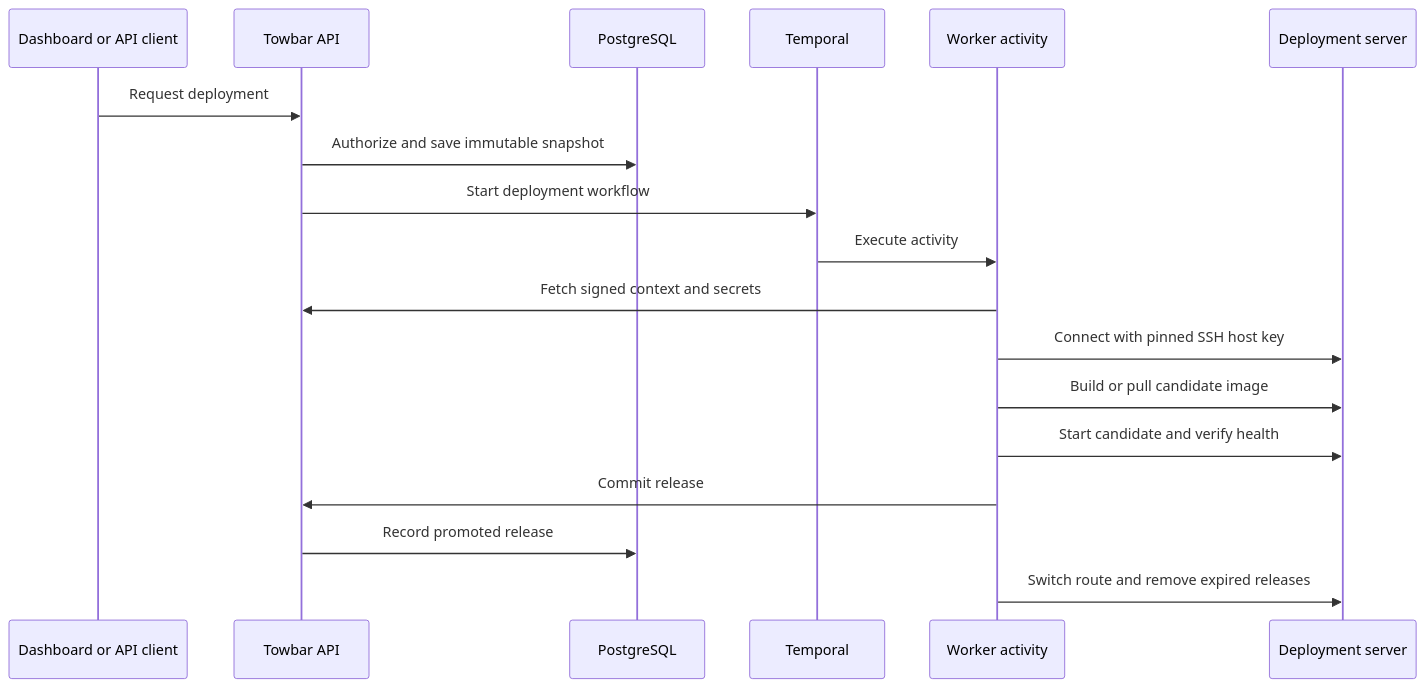
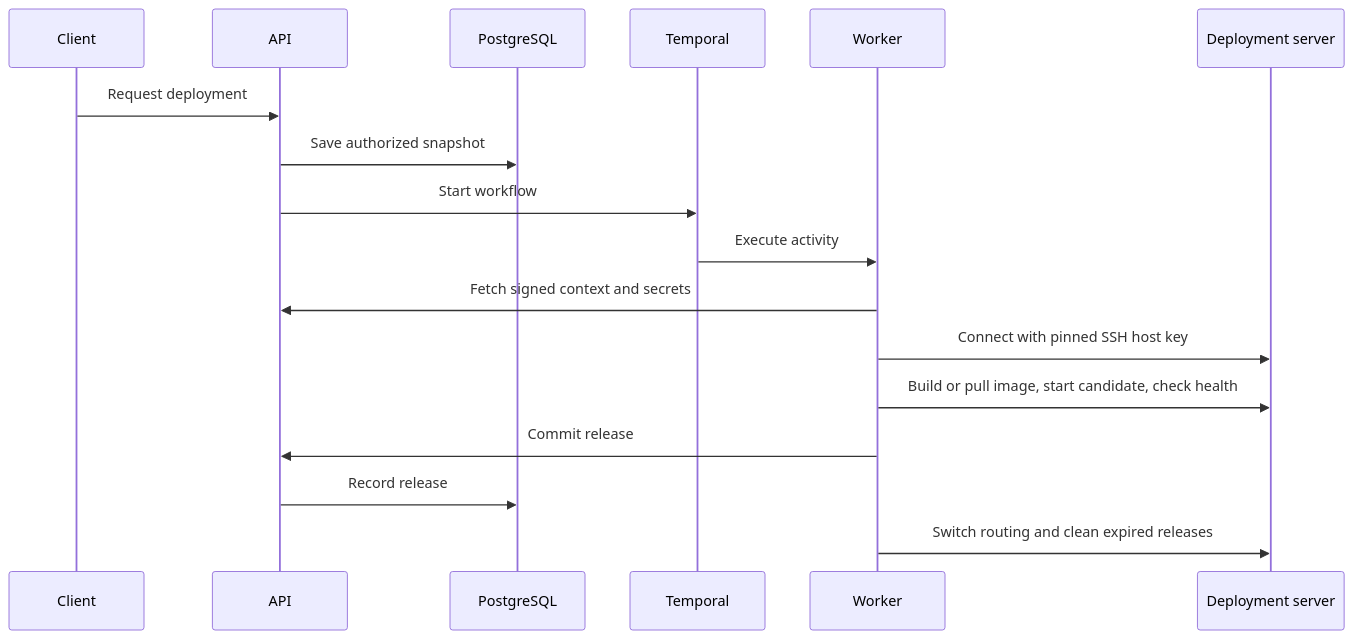
One commit to avgeek-inc/towbar changed the second of 2 diagrams in docs/docs/architecture.mdx. Above: the diagram before and after it, drawn with Mermaid. The commit also changed other lines of this file and 15 other files, not shown here.

````diff
--- a/docs/docs/architecture.mdx
+++ b/docs/docs/architecture.mdx
@@ -127,21 +67,19 @@
 ```mermaid
 sequenceDiagram
-  participant UI as Dashboard or API client
-  participant API as Towbar API
+  participant Client
+  participant API
   participant DB as PostgreSQL
   participant T as Temporal
-  participant W as Worker activity
+  participant W as Worker
   participant H as Deployment server
-
-  UI->>API: Request deployment
-  API->>DB: Authorize and save immutable snapshot
-  API->>T: Start deployment workflow
+  Client->>API: Request deployment
+  API->>DB: Save authorized snapshot
+  API->>T: Start workflow
   T->>W: Execute activity
   W->>API: Fetch signed context and secrets
   W->>H: Connect with pinned SSH host key
-  W->>H: Build or pull candidate image
-  W->>H: Start candidate and verify health
+  W->>H: Build or pull image, start candidate, check health
   W->>API: Commit release
-  API->>DB: Record promoted release
-  W->>H: Switch route and remove expired releases
+  API->>DB: Record release
+  W->>H: Switch routing and clean expired releases
 ```
````
